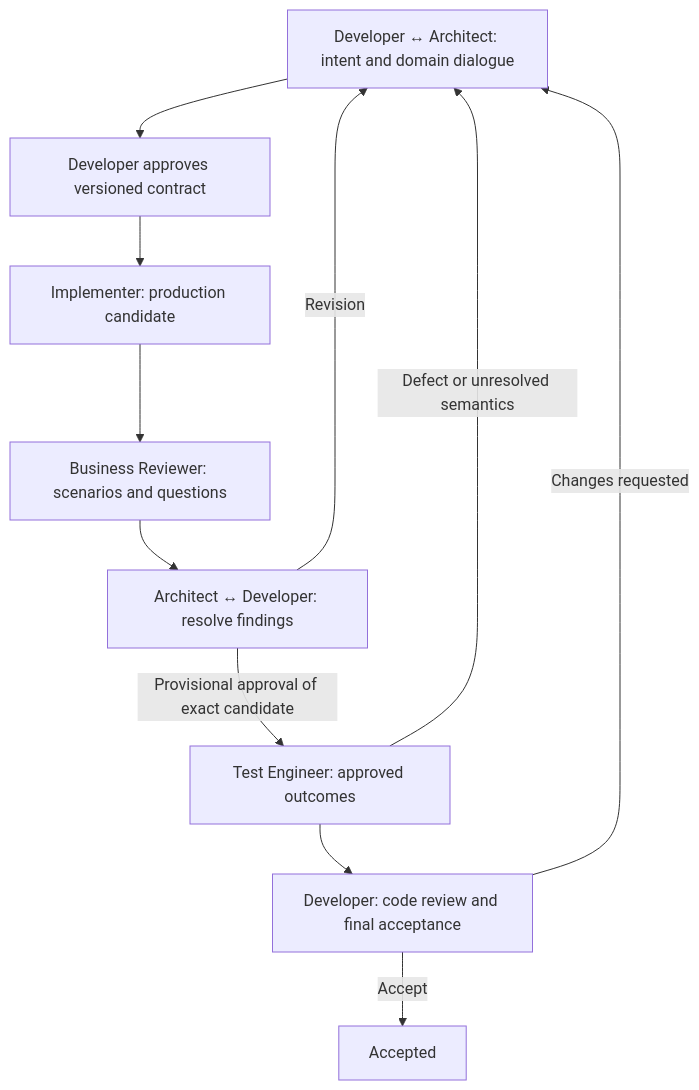
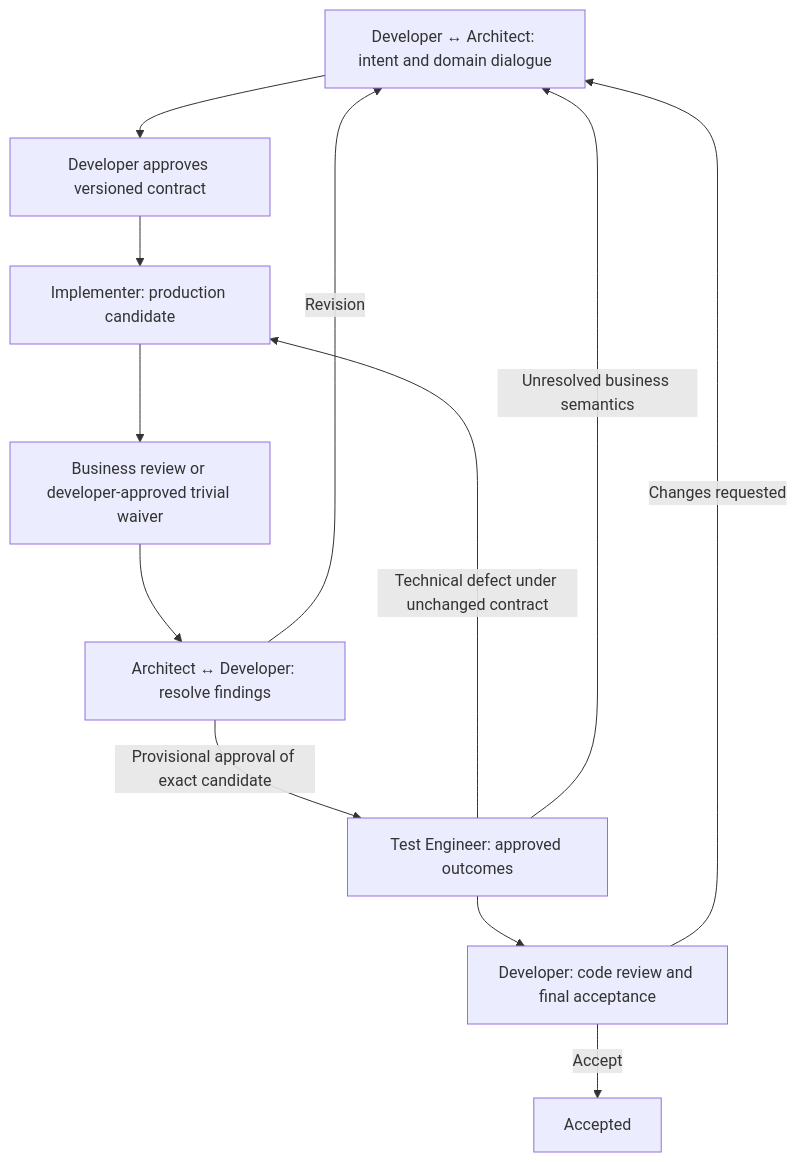
Before and after one commit to VKWHM/agad: the diagram in README.md, drawn with Mermaid. The commit also changed other lines of this file and 15 other files, not shown here.

Commit message:
Preserve source invariants and developer-approved workflow refinements

````diff
--- a/README.md
+++ b/README.md
@@ -11,13 +11,14 @@
 ```mermaid
 flowchart TD
   D[Developer ↔ Architect: intent and domain dialogue] --> C[Developer approves versioned contract]
   C --> I[Implementer: production candidate]
-  I --> B[Business Reviewer: scenarios and questions]
+  I --> B[Business review or developer-approved trivial waiver]
   B --> A[Architect ↔ Developer: resolve findings]
   A -->|Revision| D
   A -->|Provisional approval of exact candidate| T[Test Engineer: approved outcomes]
-  T -->|Defect or unresolved semantics| D
+  T -->|Technical defect under unchanged contract| I
+  T -->|Unresolved business semantics| D
   T --> R[Developer: code review and final acceptance]
   R -->|Changes requested| D
   R -->|Accept| F[Accepted]
 ```
````
